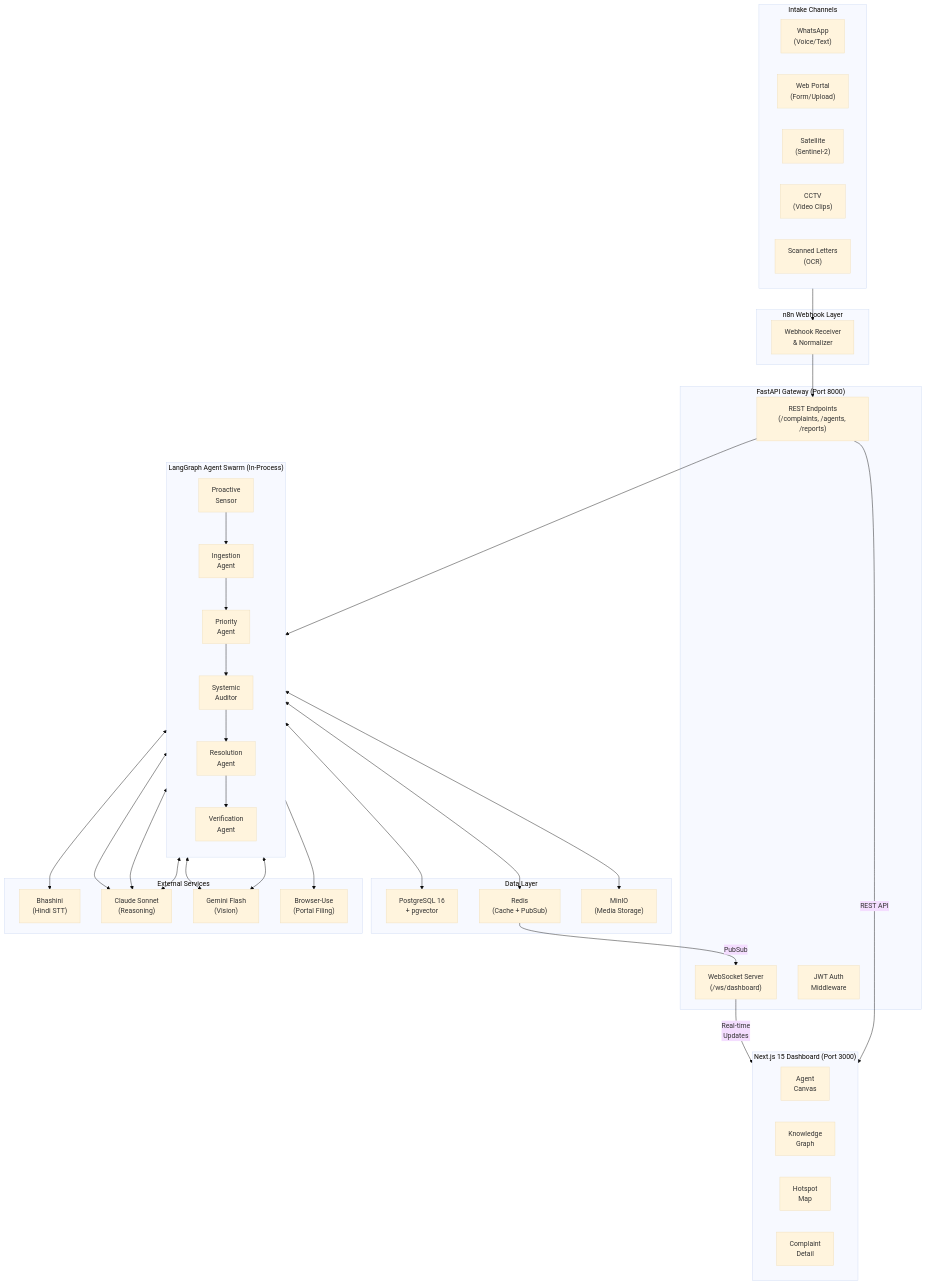
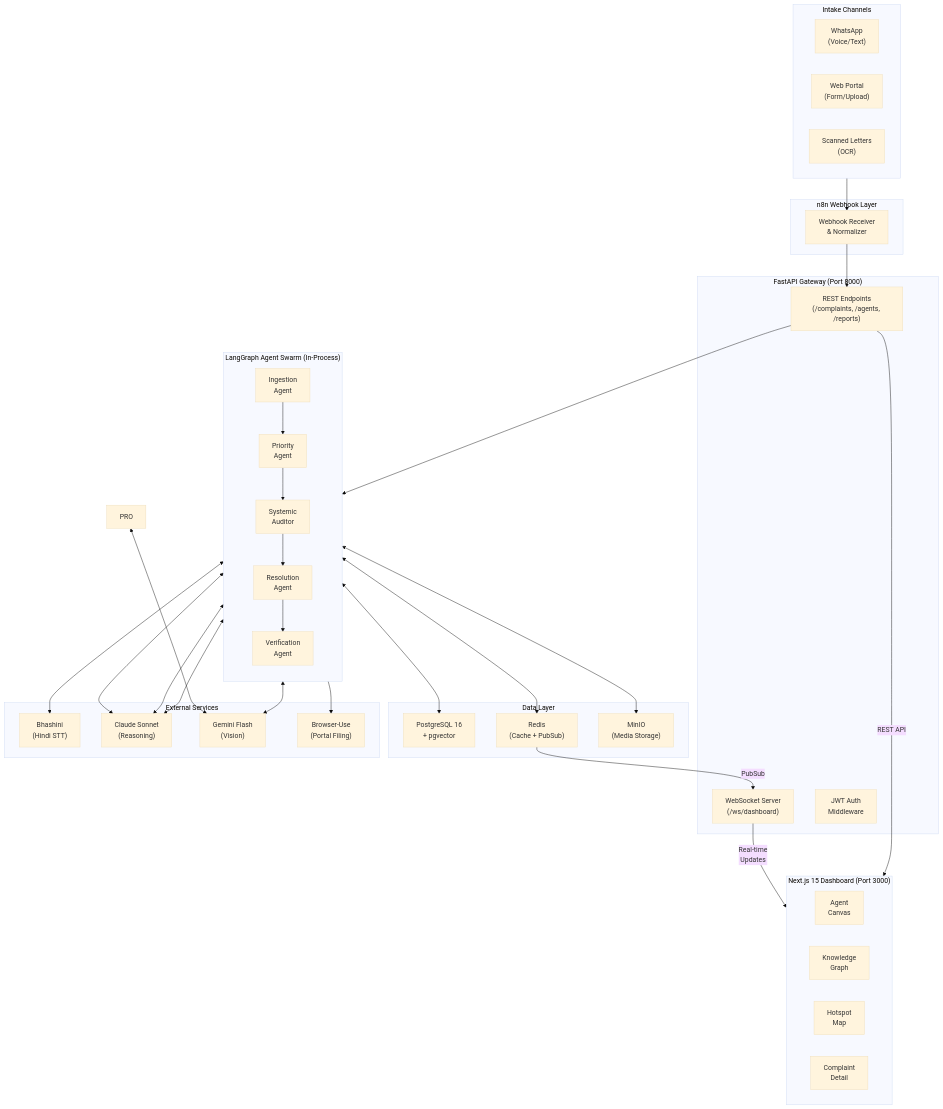
The first of 5 diagrams in docs/ARCHITECTURE.md (emmanuelmj/civix), drawn with Mermaid (base theme) before and after one commit. The commit also changed other lines of this file and 9 other files, not shown here.

First line of the commit message:
docs: remove unrealistic features (satellite, CCTV, proactive sensing, deepfake guard)

````diff
--- a/docs/ARCHITECTURE.md
+++ b/docs/ARCHITECTURE.md
@@ -12,75 +12,71 @@
 ```mermaid
 flowchart TB
     subgraph Sources["Intake Channels"]
         WA["WhatsApp\n(Voice/Text)"]
         WEB["Web Portal\n(Form/Upload)"]
-        SAT["Satellite\n(Sentinel-2)"]
-        CCTV["CCTV\n(Video Clips)"]
         SCAN["Scanned Letters\n(OCR)"]
     end
 
     subgraph N8N["n8n Webhook Layer"]
         WH["Webhook Receiver\n& Normalizer"]
     end
 
     subgraph API["FastAPI Gateway (Port 8000)"]
         REST["REST Endpoints\n(/complaints, /agents, /reports)"]
         WS["WebSocket Server\n(/ws/dashboard)"]
         AUTH["JWT Auth\nMiddleware"]
     end
 
     subgraph SWARM["LangGraph Agent Swarm (In-Process)"]
         direction TB
         ING["Ingestion\nAgent"]
         PRI["Priority\nAgent"]
         AUD["Systemic\nAuditor"]
         RES["Resolution\nAgent"]
-        PRO["Proactive\nSensor"]
         VER["Verification\nAgent"]
     end
 
     subgraph DATA["Data Layer"]
         PG["PostgreSQL 16\n+ pgvector"]
         REDIS["Redis\n(Cache + PubSub)"]
         MINIO["MinIO\n(Media Storage)"]
     end
 
     subgraph EXT["External Services"]
         BHASHINI["Bhashini\n(Hindi STT)"]
         CLAUDE["Claude Sonnet\n(Reasoning)"]
         GEMINI["Gemini Flash\n(Vision)"]
         BROWSER["Browser-Use\n(Portal Filing)"]
     end
 
     subgraph FE["Next.js 15 Dashboard (Port 3000)"]
         CANVAS["Agent\nCanvas"]
         GRAPH["Knowledge\nGraph"]
         MAP["Hotspot\nMap"]
         DETAIL["Complaint\nDetail"]
     end
 
     Sources --> WH
     WH --> REST
     REST --> ING
     ING --> PRI
     PRI --> AUD
     AUD --> RES
-    PRO --> ING
     RES --> VER
     RES --> BROWSER
 
     ING <--> BHASHINI
     PRI <--> CLAUDE
     AUD <--> CLAUDE
     RES <--> CLAUDE
     VER <--> GEMINI
     PRO <--> GEMINI
 
     SWARM <--> PG
     SWARM <--> REDIS
     SWARM <--> MINIO
 
     REDIS -- "PubSub" --> WS
     WS -- "Real-time\nUpdates" --> FE
     REST -- "REST API" --> FE
 ```
````
